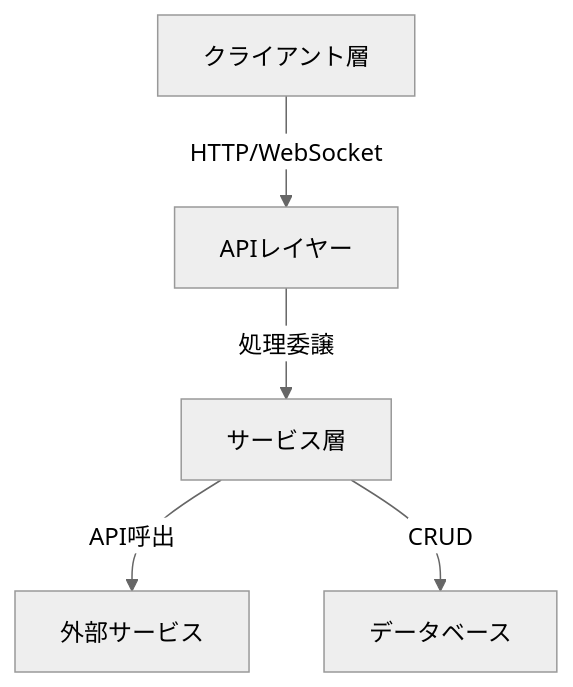
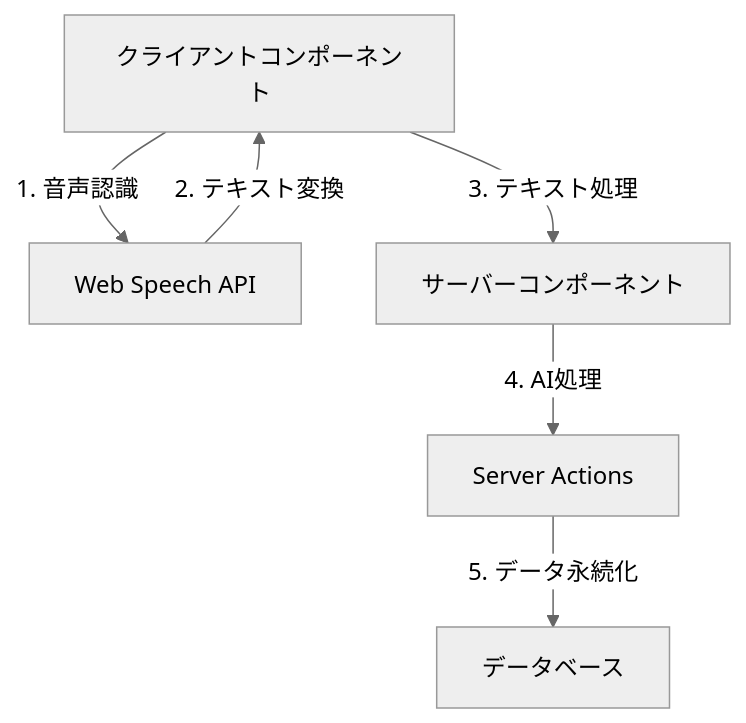
One commit to iamyosuke/text-speech-web changed the first of 2 diagrams in memory-bank/systemPatterns.md. Above: the diagram before and after it, drawn with Mermaid (neutral theme). The commit also changed other lines of this file and 5 other files, not shown here.

````diff
--- a/memory-bank/systemPatterns.md
+++ b/memory-bank/systemPatterns.md
@@ -4,13 +4,8 @@
 ```mermaid
 graph TD
-    Client[クライアント層]
-    API[APIレイヤー]
-    Services[サービス層]
-    External[外部サービス]
-    DB[データベース]
-
-    Client -->|HTTP/WebSocket| API
-    API -->|処理委譲| Services
-    Services -->|API呼出| External
-    Services -->|CRUD| DB
+    Client[クライアントコンポーネント] --> |1. 音声認識| Speech[Web Speech API]
+    Speech --> |2. テキスト変換| Client
+    Client --> |3. テキスト処理| Server[サーバーコンポーネント]
+    Server --> |4. AI処理| Action[Server Actions]
+    Action --> |5. データ永続化| DB[データベース]
 ```
````
